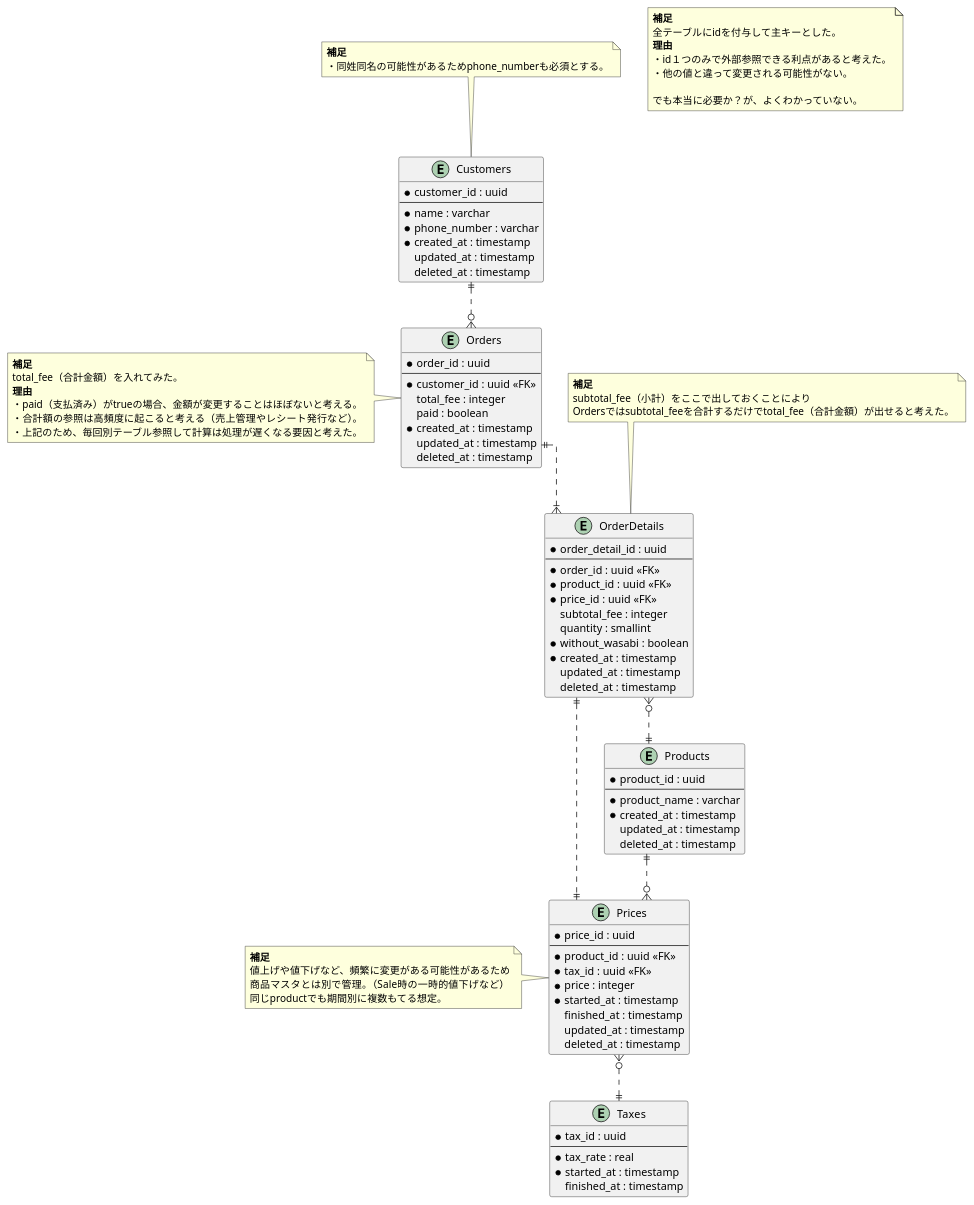
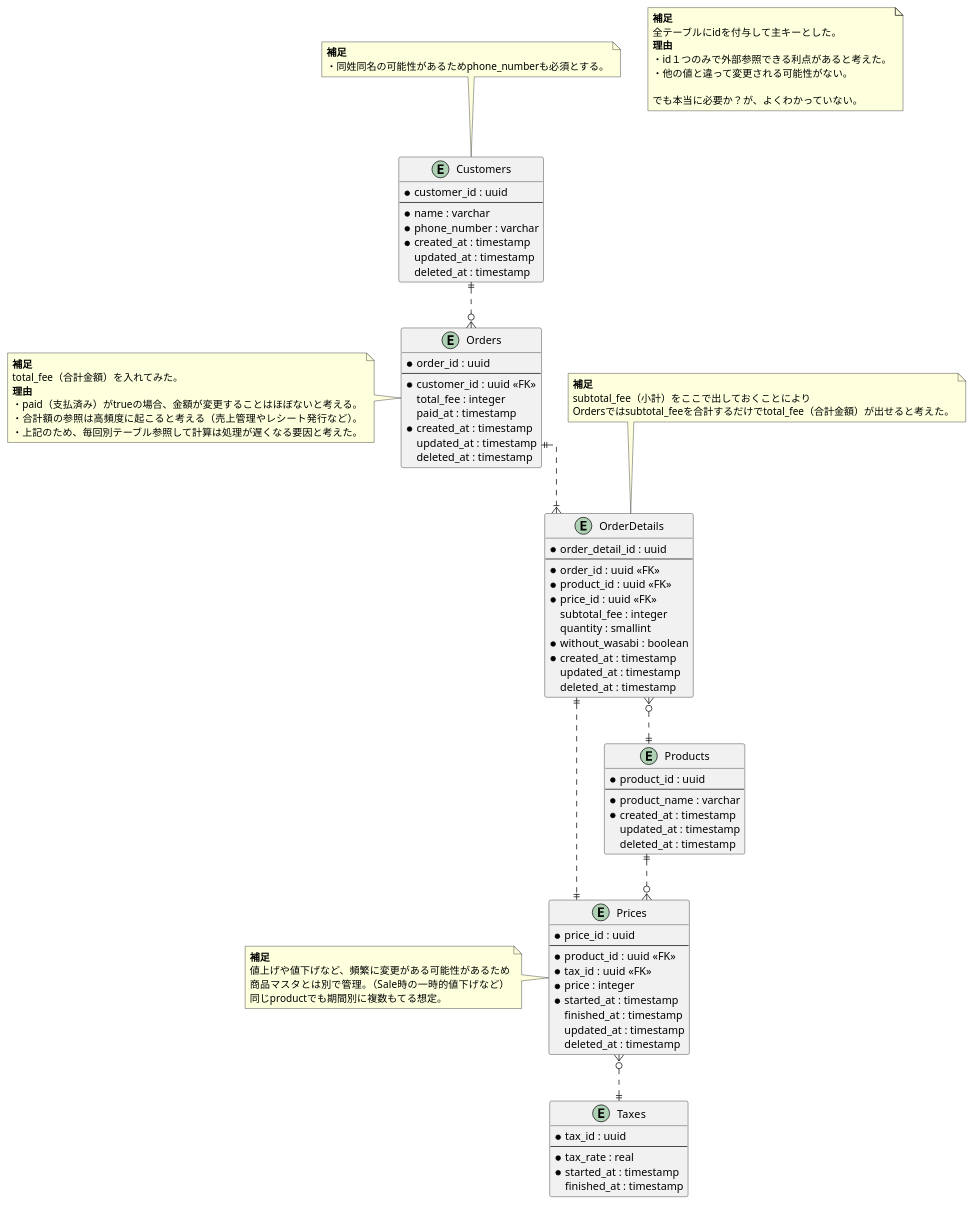
One commit to moritanuki/praha_challenge changed the diagram in 01_データベース設計/01_DBモデリング1/01_課題1/sushi_ordering_schema_01.puml. Above: the diagram before and after it, drawn with PlantUML. The commit also changed 5 other files, not shown here.

```diff
--- a/01_データベース設計/01_DBモデリング1/01_課題1/sushi_ordering_schema_01.puml
+++ b/01_データベース設計/01_DBモデリング1/01_課題1/sushi_ordering_schema_01.puml
@@ -1,121 +1,121 @@
 @startuml sushi_ordering_schema_01
 
 skinparam {
   ' カーディナリティ斜め対策
    linetype ortho
 }
 
 ' 顧客マスタ
 entity "Customers" as Customers {
   * customer_id : uuid
   --
   * name : varchar
   * phone_number : varchar
   * created_at : timestamp
     updated_at : timestamp
     deleted_at : timestamp
 }
 
 note top of Customers
   <b>補足</b>
   ・同姓同名の可能性があるためphone_numberも必須とする。
 end note
 
 ' 商品マスタ
 entity "Products" as Products {
   * product_id : uuid
   --
   * product_name : varchar
   * created_at : timestamp
     updated_at : timestamp
     deleted_at : timestamp
 }
 
 ' 商品金額テーブル
 entity "Prices" as Prices {
   * price_id : uuid
   --
   * product_id : uuid <<FK>>
   * tax_id : uuid <<FK>>
   * price : integer
   * started_at : timestamp
     finished_at : timestamp
     updated_at : timestamp
     deleted_at : timestamp
 }
 
 note left of Prices
   <b>補足</b>
   値上げや値下げなど、頻繁に変更がある可能性があるため
   商品マスタとは別で管理。（Sale時の一時的値下げなど）
   同じproductでも期間別に複数もてる想定。
 end note
 
 ' 消費税マスタ
 entity "Taxes" as Taxes {
   * tax_id : uuid
   --
   * tax_rate : real
   * started_at : timestamp
     finished_at : timestamp
 }
 
 ' 注文テーブル
 entity "Orders" as Orders {
   * order_id : uuid
   --
   * customer_id : uuid <<FK>>
     total_fee : integer
-    paid : boolean
+    paid_at : timestamp
   * created_at : timestamp
     updated_at : timestamp
     deleted_at : timestamp
 }
 
 note left of Orders
   <b>補足</b>
   total_fee（合計金額）を入れてみた。
   <b>理由</b>
   ・paid（支払済み）がtrueの場合、金額が変更することはほぼないと考える。
   ・合計額の参照は高頻度に起こると考える（売上管理やレシート発行など）。
   ・上記のため、毎回別テーブル参照して計算は処理が遅くなる要因と考えた。
 end note
 
 entity "OrderDetails" as OrderDetails {
   * order_detail_id : uuid
   --
   * order_id : uuid <<FK>>
   * product_id : uuid <<FK>>
   * price_id : uuid <<FK>>
     subtotal_fee : integer
     quantity : smallint
   * without_wasabi : boolean
   * created_at : timestamp
     updated_at : timestamp
     deleted_at : timestamp
 }
 
 note top of OrderDetails
   <b>補足</b>
   subtotal_fee（小計）をここで出しておくことにより
   Ordersではsubtotal_feeを合計するだけでtotal_fee（合計金額）が出せると考えた。
 end note
 
 Customers ||..o{ Orders
 Orders ||..|{ OrderDetails
 OrderDetails }o..|| Products
 OrderDetails ||..|| Prices
 Products ||..o{ Prices
 Prices }o..|| Taxes
 
 note as note1
   <b>補足</b>
   全テーブルにidを付与して主キーとした。
   <b>理由</b>
   ・id１つのみで外部参照できる利点があると考えた。
   ・他の値と違って変更される可能性がない。
 
   でも本当に必要か？が、よくわかっていない。
 end note
 
 @enduml
```
